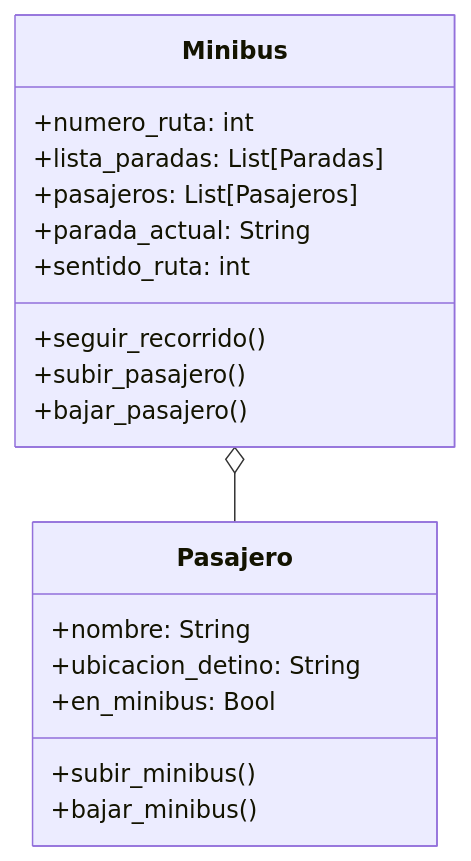
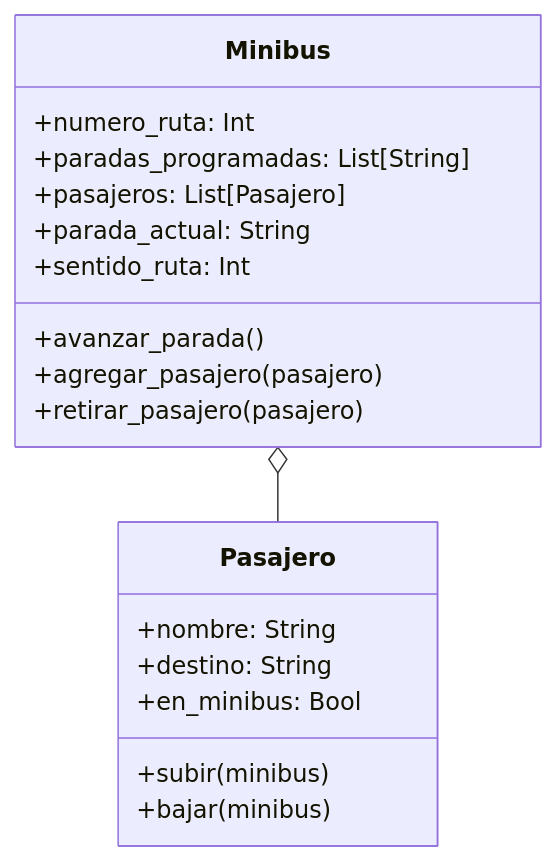
The diagram in retos_sesion_06/ejercicio_01.md (StephanieApaza/psg-oop-2025), drawn with Mermaid before and after one commit. The commit also changed other lines of this file, not shown here.

````diff
--- a/retos_sesion_06/ejercicio_01.md
+++ b/retos_sesion_06/ejercicio_01.md
@@ -46,21 +73,21 @@
 ```mermaid
 classDiagram
     class Minibus {
-        +numero_ruta: int
-        +lista_paradas: List[Paradas]
-        +pasajeros: List[Pasajeros]
+        +numero_ruta: Int
+        +paradas_programadas: List[String]
+        +pasajeros: List[Pasajero]
         +parada_actual: String
-        +sentido_ruta: int
-        +seguir_recorrido()
-        +subir_pasajero()
-        +bajar_pasajero()
+        +sentido_ruta: Int
+        +avanzar_parada()
+        +agregar_pasajero(pasajero)
+        +retirar_pasajero(pasajero)
     }
     class Pasajero {
         +nombre: String
-        +ubicacion_detino: String
+        +destino: String
         +en_minibus: Bool
-        +subir_minibus()
-        +bajar_minibus()
+        +subir(minibus)
+        +bajar(minibus)
     }
     Minibus o-- Pasajero
 ```
````
